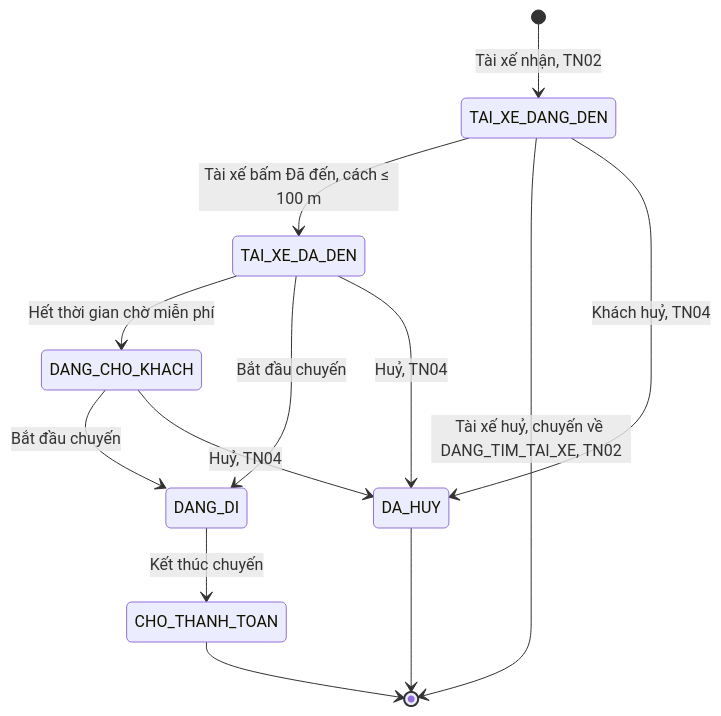
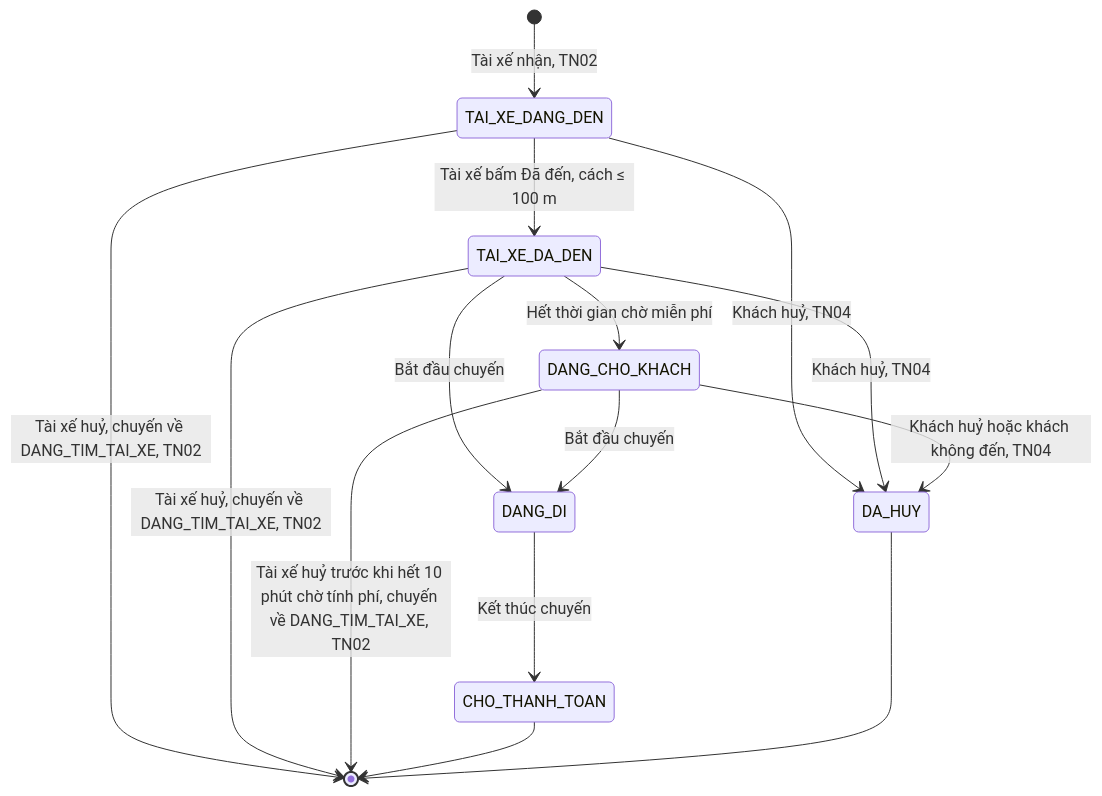
Before and after one commit to uxfoundation-vn/de04-dat-xe-cong-nghe: the first of 6 diagrams in docs/TN03-theo-doi-chuyen-an-toan/SRS.md, drawn with Mermaid. The commit also changed other lines of this file and 7 other files, not shown here.

````diff
--- a/docs/TN03-theo-doi-chuyen-an-toan/SRS.md
+++ b/docs/TN03-theo-doi-chuyen-an-toan/SRS.md
@@ -49,15 +49,17 @@
 ```mermaid
 stateDiagram-v2
   [*] --> TAI_XE_DANG_DEN : Tài xế nhận, TN02
   TAI_XE_DANG_DEN --> TAI_XE_DA_DEN : Tài xế bấm Đã đến, cách ≤ 100 m
   TAI_XE_DA_DEN --> DANG_CHO_KHACH : Hết thời gian chờ miễn phí
   TAI_XE_DA_DEN --> DANG_DI : Bắt đầu chuyến
   DANG_CHO_KHACH --> DANG_DI : Bắt đầu chuyến
   DANG_DI --> CHO_THANH_TOAN : Kết thúc chuyến
   TAI_XE_DANG_DEN --> [*] : Tài xế huỷ, chuyến về DANG_TIM_TAI_XE, TN02
   TAI_XE_DANG_DEN --> DA_HUY : Khách huỷ, TN04
-  TAI_XE_DA_DEN --> DA_HUY : Huỷ, TN04
-  DANG_CHO_KHACH --> DA_HUY : Huỷ, TN04
+  TAI_XE_DA_DEN --> [*] : Tài xế huỷ, chuyến về DANG_TIM_TAI_XE, TN02
+  DANG_CHO_KHACH --> [*] : Tài xế huỷ trước khi hết 10 phút chờ tính phí, chuyến về DANG_TIM_TAI_XE, TN02
+  TAI_XE_DA_DEN --> DA_HUY : Khách huỷ, TN04
+  DANG_CHO_KHACH --> DA_HUY : Khách huỷ hoặc khách không đến, TN04
   CHO_THANH_TOAN --> [*]
   DA_HUY --> [*]
 ```
````
